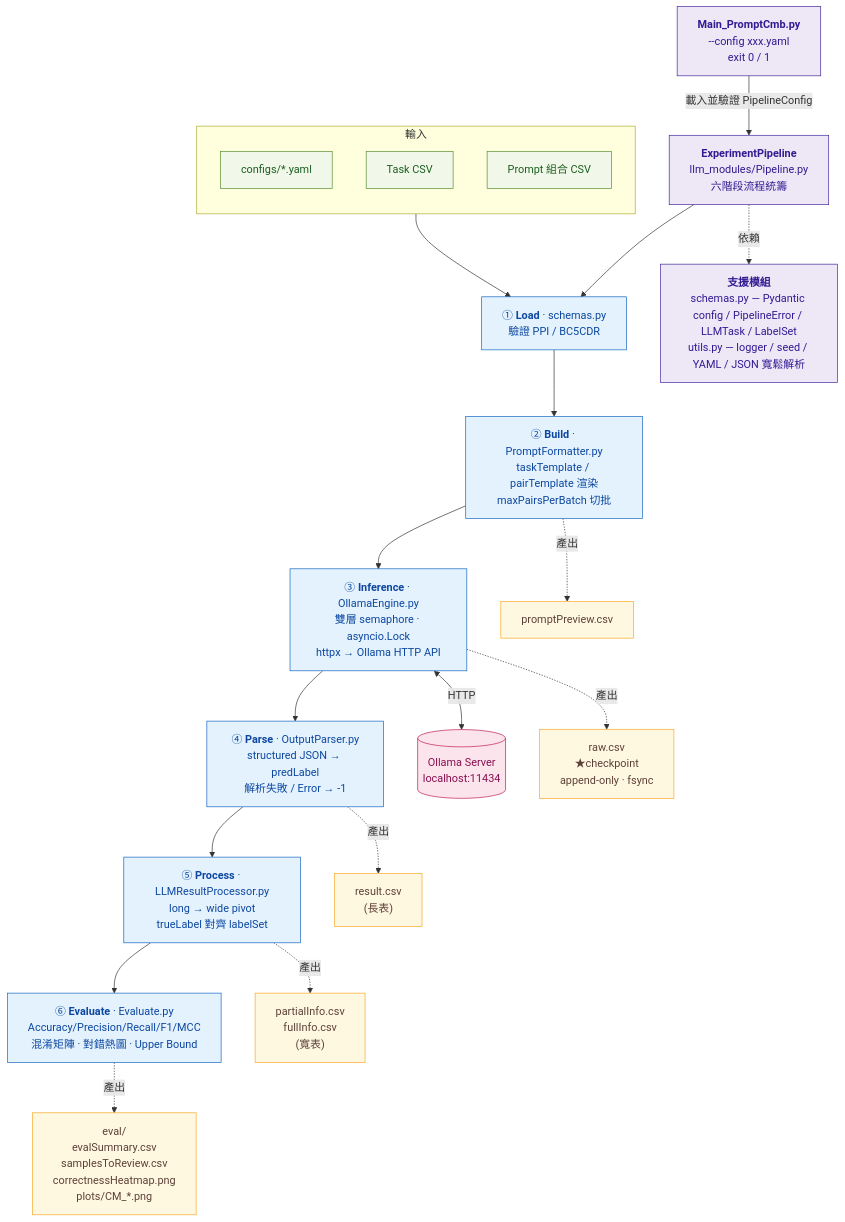
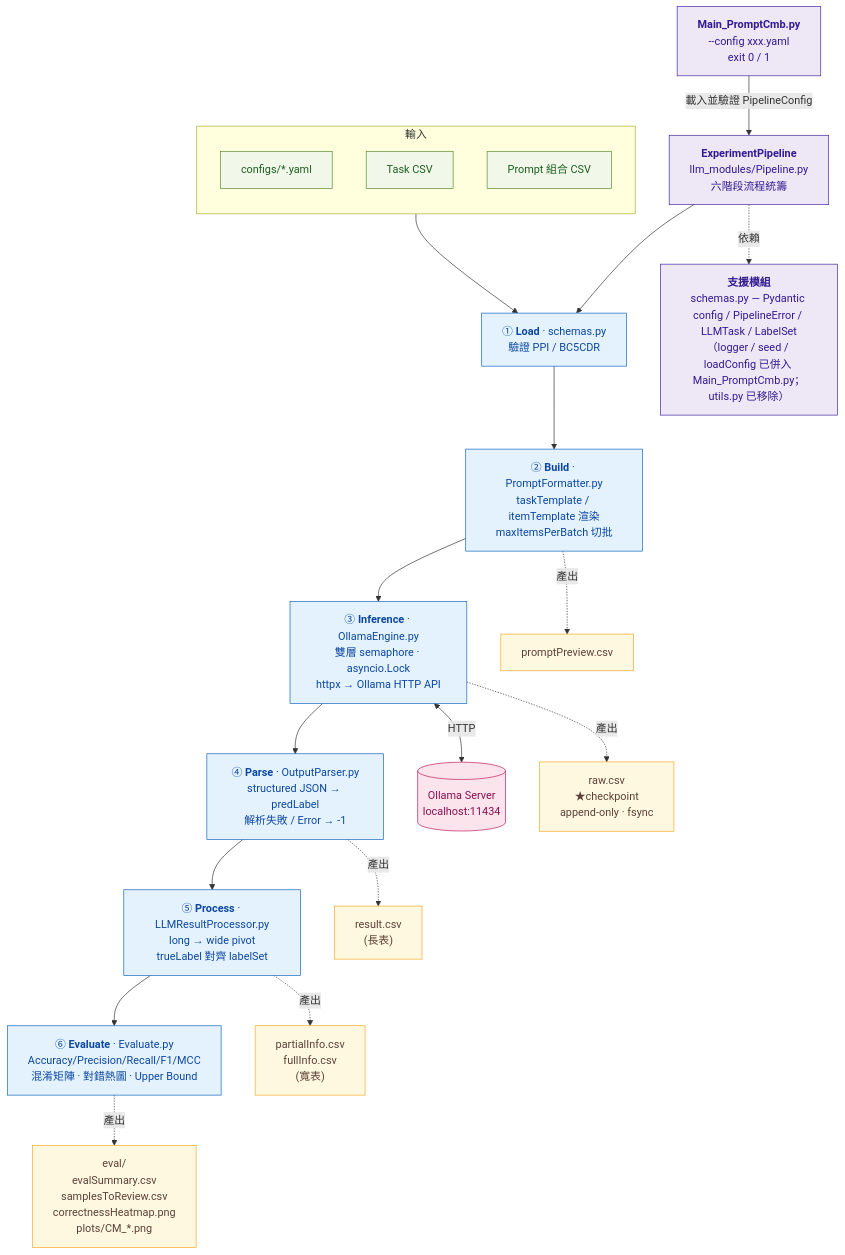
The diagram in README.md (SofaPottato/EnsemblePrompt-ML), drawn with Mermaid before and after one commit. The commit also changed other lines of this file and 19 other files, not shown here.

````diff
--- a/README.md
+++ b/README.md
@@ -34,61 +34,61 @@
 ```mermaid
 flowchart TD
     %% 進入點
     Entry["<b>Main_PromptCmb.py</b><br/>--config xxx.yaml<br/>exit 0 / 1"]
     Pipeline["<b>ExperimentPipeline</b><br/>llm_modules/Pipeline.py<br/>六階段流程統籌"]
     Entry -->|"載入並驗證 PipelineConfig"| Pipeline
 
     %% 輸入
     subgraph Inputs["輸入"]
         direction TB
         Cfg["configs/*.yaml"]
         TaskCsv["Task CSV"]
         PromptCsv["Prompt 組合 CSV"]
     end
     Inputs --> S1
 
     %% 六階段
     S1["① <b>Load</b> · schemas.py<br/>驗證 PPI / BC5CDR"]
-    S2["② <b>Build</b> · PromptFormatter.py<br/>taskTemplate / pairTemplate 渲染<br/>maxPairsPerBatch 切批"]
+    S2["② <b>Build</b> · PromptFormatter.py<br/>taskTemplate / itemTemplate 渲染<br/>maxItemsPerBatch 切批"]
     S3["③ <b>Inference</b> · OllamaEngine.py<br/>雙層 semaphore · asyncio.Lock<br/>httpx → Ollama HTTP API"]
     S4["④ <b>Parse</b> · OutputParser.py<br/>structured JSON → predLabel<br/>解析失敗 / Error → -1"]
     S5["⑤ <b>Process</b> · LLMResultProcessor.py<br/>long → wide pivot<br/>trueLabel 對齊 labelSet"]
     S6["⑥ <b>Evaluate</b> · Evaluate.py<br/>Accuracy/Precision/Recall/F1/MCC<br/>混淆矩陣 · 對錯熱圖 · Upper Bound"]
 
     Pipeline --> S1
     S1 --> S2 --> S3 --> S4 --> S5 --> S6
 
     %% 外部依賴
     Ollama[("Ollama Server<br/>localhost:11434")]
     S3 <-->|"HTTP"| Ollama
 
     %% 落盤產出
     O2["promptPreview.csv"]
     O3["raw.csv<br/>★checkpoint<br/>append-only · fsync"]
     O4["result.csv<br/>(長表)"]
     O5["partialInfo.csv<br/>fullInfo.csv<br/>(寬表)"]
     O6["eval/<br/>evalSummary.csv<br/>samplesToReview.csv<br/>correctnessHeatmap.png<br/>plots/CM_*.png"]
 
     S2 -.產出.-> O2
     S3 -.產出.-> O3
     S4 -.產出.-> O4
     S5 -.產出.-> O5
     S6 -.產出.-> O6
 
     %% 支援模組
-    Support["<b>支援模組</b><br/>schemas.py — Pydantic config / PipelineError / LLMTask / LabelSet<br/>utils.py — logger / seed / YAML / JSON 寬鬆解析"]
+    Support["<b>支援模組</b><br/>schemas.py — Pydantic config / PipelineError / LLMTask / LabelSet<br/>（logger / seed / loadConfig 已併入 Main_PromptCmb.py；utils.py 已移除）"]
     Pipeline -.依賴.-> Support
 
     %% 樣式
     classDef stage fill:#e3f2fd,stroke:#1565c0,color:#0d47a1
     classDef output fill:#fff8e1,stroke:#f9a825,color:#5d4037
     classDef input fill:#f1f8e9,stroke:#558b2f,color:#1b5e20
     classDef ext fill:#fce4ec,stroke:#c2185b,color:#880e4f
     classDef entry fill:#ede7f6,stroke:#4527a0,color:#311b92
 
     class S1,S2,S3,S4,S5,S6 stage
     class O2,O3,O4,O5,O6 output
     class Cfg,TaskCsv,PromptCsv input
     class Ollama ext
     class Entry,Pipeline,Support entry
 ```
````
